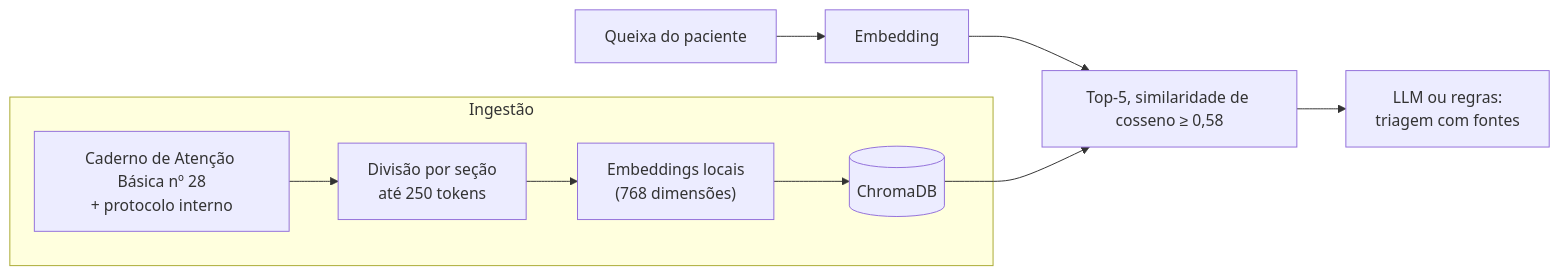
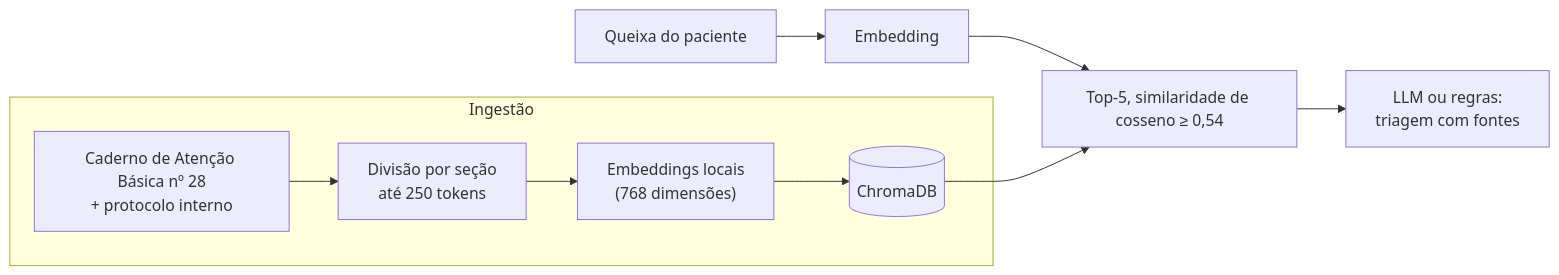
The diagram in docs/arquitetura/rag-triagem.md (multiheros/saude-conecta), drawn with Mermaid before and after one commit. The commit also changed other lines of this file and 3 other files, not shown here.

````diff
--- a/docs/arquitetura/rag-triagem.md
+++ b/docs/arquitetura/rag-triagem.md
@@ -5,9 +5,9 @@
 ```mermaid
 flowchart LR
   subgraph ING["Ingestão"]
     P["Caderno de Atenção Básica nº 28<br/>+ protocolo interno"] --> D["Divisão por seção<br/>até 250 tokens"]
     D --> E1["Embeddings locais<br/>(768 dimensões)"] --> C[("ChromaDB")]
   end
-  Q["Queixa do paciente"] --> E2["Embedding"] --> B["Top-5, similaridade de cosseno ≥ 0,58"]
+  Q["Queixa do paciente"] --> E2["Embedding"] --> B["Top-5, similaridade de cosseno ≥ 0,54"]
   C --> B --> T["LLM ou regras:<br/>triagem com fontes"]
 ```
````
